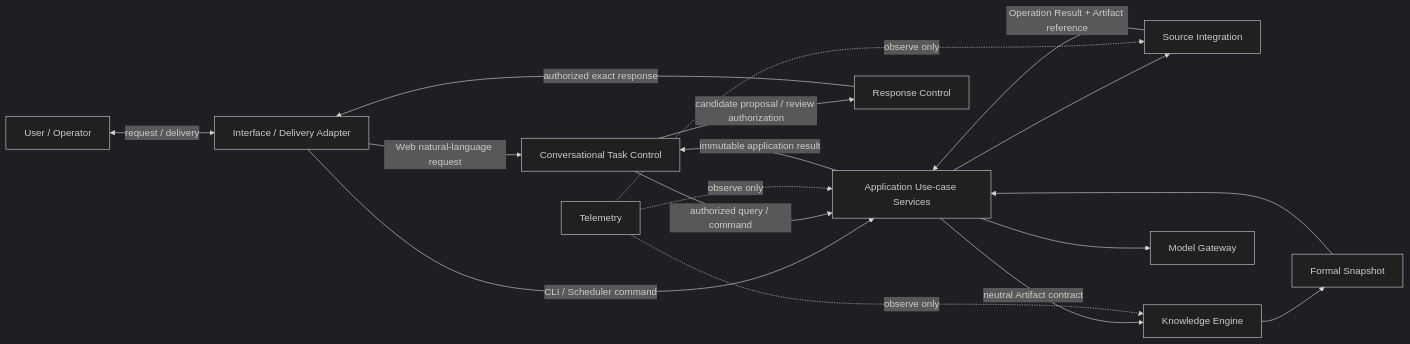
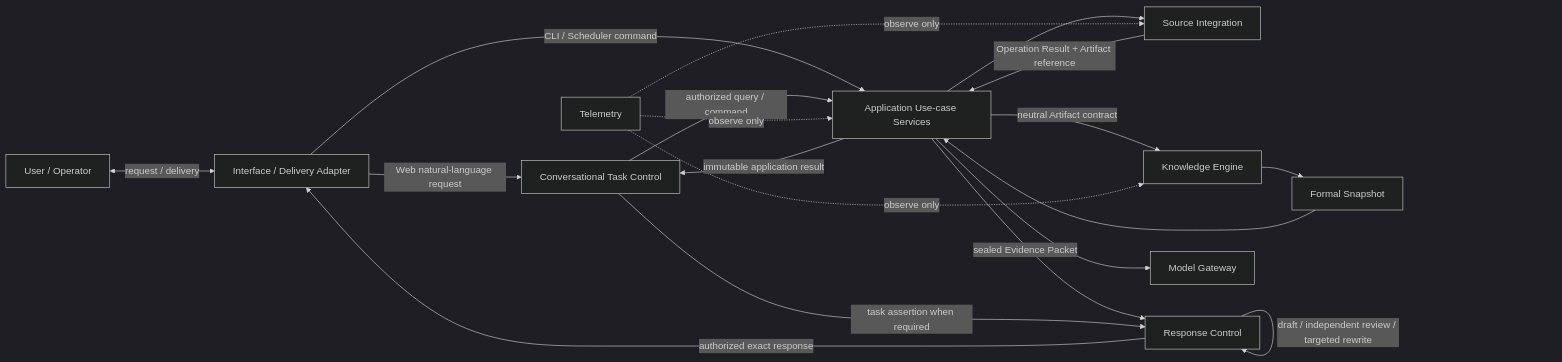
The diagram in docs/system/architecture/overview.md (baitianxia/software-world-model), drawn with Mermaid (dark theme) before and after one commit. The commit also changed other lines of this file and 112 other files, not shown here.

````diff
--- a/docs/system/architecture/overview.md
+++ b/docs/system/architecture/overview.md
@@ -18,19 +18,21 @@
 ```mermaid
 flowchart LR
     U["User / Operator"] <-->|"request / delivery"| IF["Interface / Delivery Adapter"]
     IF -->|"Web natural-language request"| TC["Conversational Task Control"]
     IF -->|"CLI / Scheduler command"| A["Application Use-case Services"]
     TC -->|"authorized query / command"| A
     A --> S["Source Integration"]
     S -->|"Operation Result + Artifact reference"| A
+    A -->|"sealed Evidence Packet"| R
     A -->|"neutral Artifact contract"| K["Knowledge Engine"]
     K --> N["Formal Snapshot"]
     A --> M["Model Gateway"]
     N --> A
     A -->|"immutable application result"| TC
-    TC -->|"candidate proposal / review authorization"| R["Response Control"]
+    TC -->|"task assertion when required"| R["Response Control"]
+    R -->|"draft / independent review / targeted rewrite"| R
     R -->|"authorized exact response"| IF
     T["Telemetry"] -. "observe only" .-> A
     T -. "observe only" .-> S
     T -. "observe only" .-> K
 ```
````
